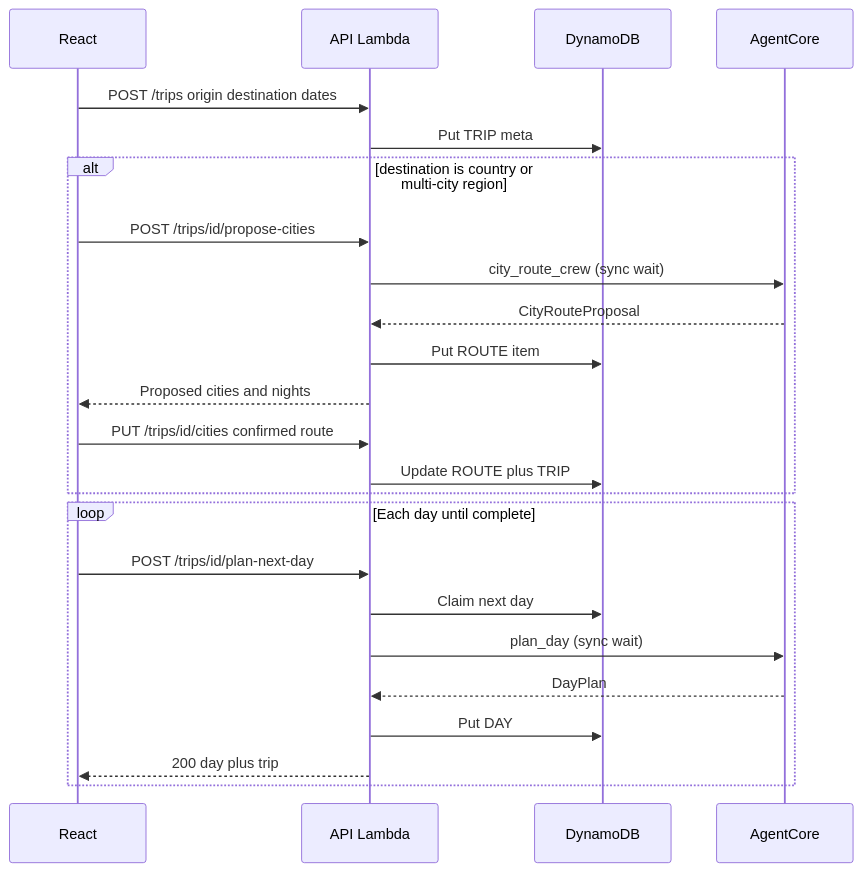
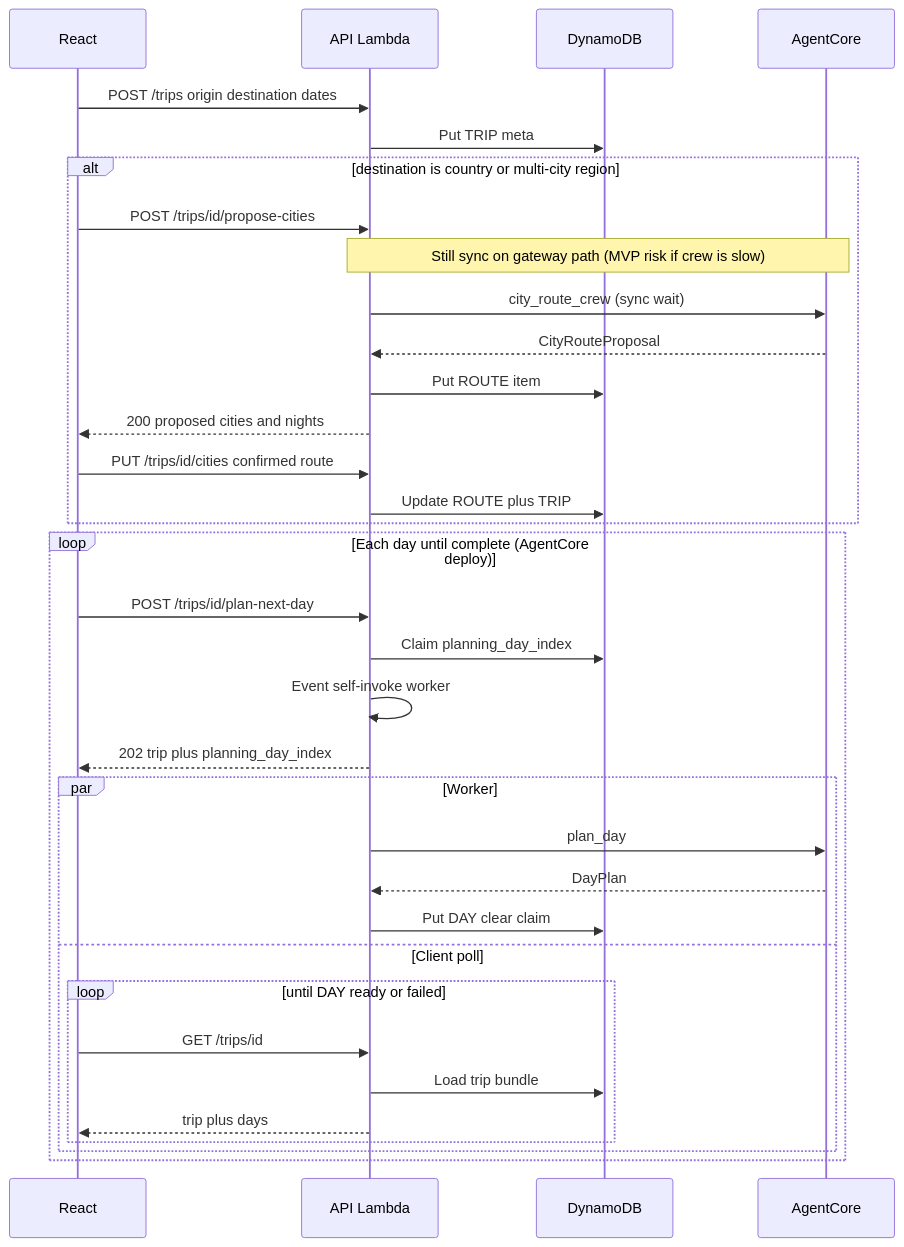
Before and after one commit to YukiUmetsu/vacation-planner-crewai: the second of 2 diagrams in README.md, drawn with Mermaid. The commit also changed other lines of this file, not shown here.

Commit message:
docs: show AgentCore plan-next-day as 202 plus poll in README
Align the root sequence diagram with the deployed async path and note
propose-cities remains sync for MVP.

````diff
--- a/README.md
+++ b/README.md
@@ -69,27 +69,37 @@
 ```mermaid
 sequenceDiagram
   participant UI as React
   participant API as API Lambda
   participant DDB as DynamoDB
   participant AC as AgentCore
 
   UI->>API: POST /trips origin destination dates
   API->>DDB: Put TRIP meta
   alt destination is country or multi-city region
     UI->>API: POST /trips/id/propose-cities
+    Note over API,AC: Still sync on gateway path (MVP risk if crew is slow)
     API->>AC: city_route_crew (sync wait)
     AC-->>API: CityRouteProposal
     API->>DDB: Put ROUTE item
-    API-->>UI: Proposed cities and nights
+    API-->>UI: 200 proposed cities and nights
     UI->>API: PUT /trips/id/cities confirmed route
     API->>DDB: Update ROUTE plus TRIP
   end
-  loop Each day until complete
+  loop Each day until complete (AgentCore deploy)
     UI->>API: POST /trips/id/plan-next-day
-    API->>DDB: Claim next day
-    API->>AC: plan_day (sync wait)
-    AC-->>API: DayPlan
-    API->>DDB: Put DAY
-    API-->>UI: 200 day plus trip
+    API->>DDB: Claim planning_day_index
+    API->>API: Event self-invoke worker
+    API-->>UI: 202 trip plus planning_day_index
+    par Worker
+      API->>AC: plan_day
+      AC-->>API: DayPlan
+      API->>DDB: Put DAY clear claim
+    and Client poll
+      loop until DAY ready or failed
+        UI->>API: GET /trips/id
+        API->>DDB: Load trip bundle
+        API-->>UI: trip plus days
+      end
+    end
   end
 ```
````
